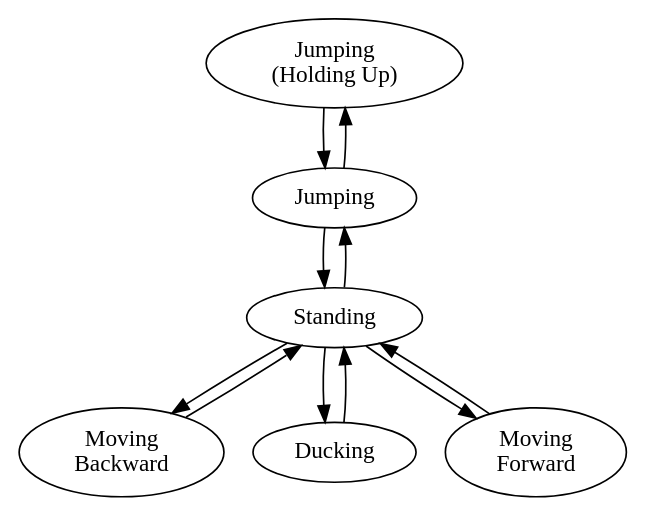
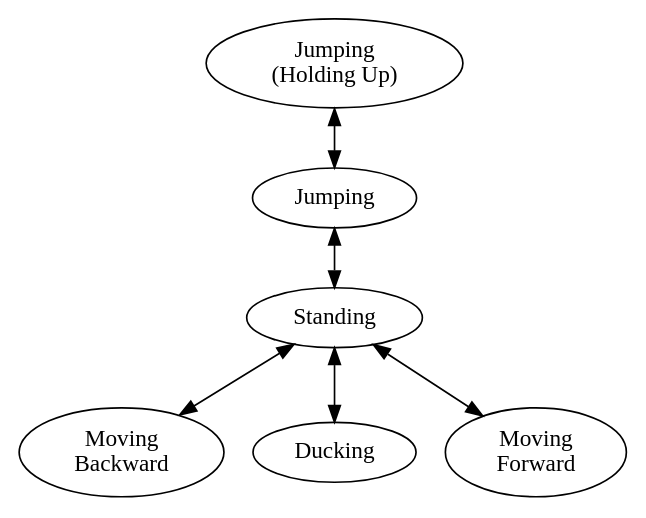
The diagram in StateMachines/Documentation/StateMachine.dot (lumpn/gamedev-workshop), drawn with Graphviz before and after one commit. The commit also changed 5 other files, not shown here.

```diff
--- a/StateMachines/Documentation/StateMachine.dot
+++ b/StateMachines/Documentation/StateMachine.dot
@@ -1,24 +1,17 @@
 digraph G {
 
+edge [dir=both]
 MovingForward [label="Moving\nForward"];
 MovingBackward [label="Moving\nBackward"];
 JumpingHoldingUp [label="Jumping\n(Holding Up)"]
 
 JumpingHoldingUp -> Jumping;
-Jumping -> JumpingHoldingUp [constraint=false];
 Jumping -> Standing;
-Standing -> Jumping [constraint=false];
-
 Standing -> MovingBackward;
-MovingBackward -> Standing [constraint=false];
-
 Standing -> Ducking;
-Ducking -> Standing [constraint=false];
-
 Standing -> MovingForward;
-MovingForward -> Standing [constraint=false];
 
 {rank=same;MovingForward;MovingBackward;Ducking}
 MovingBackward->Ducking->MovingForward [style=invis];
 
 }
```
